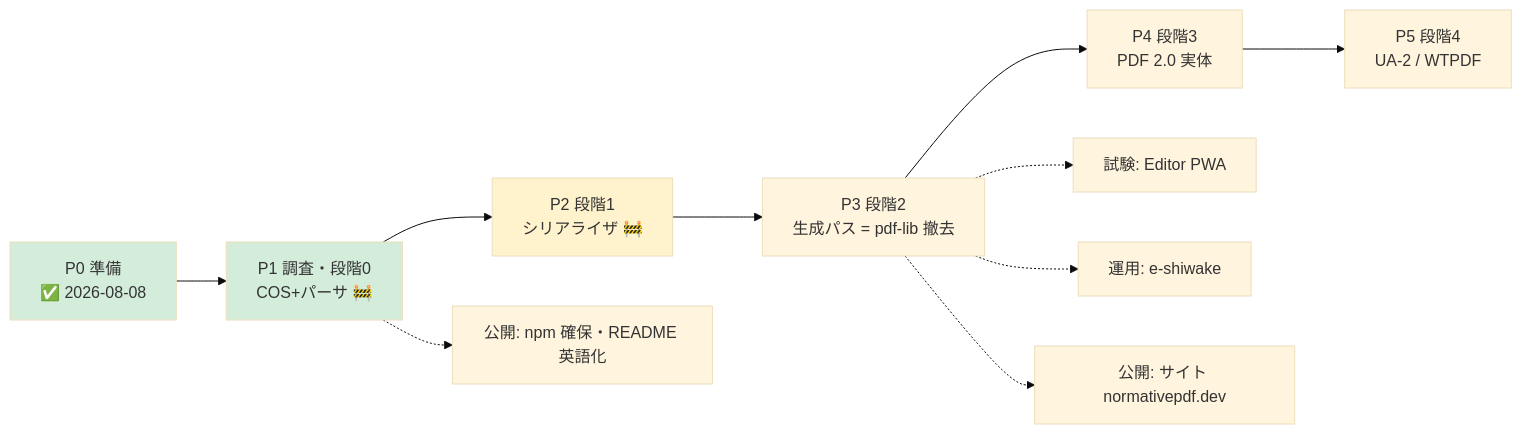
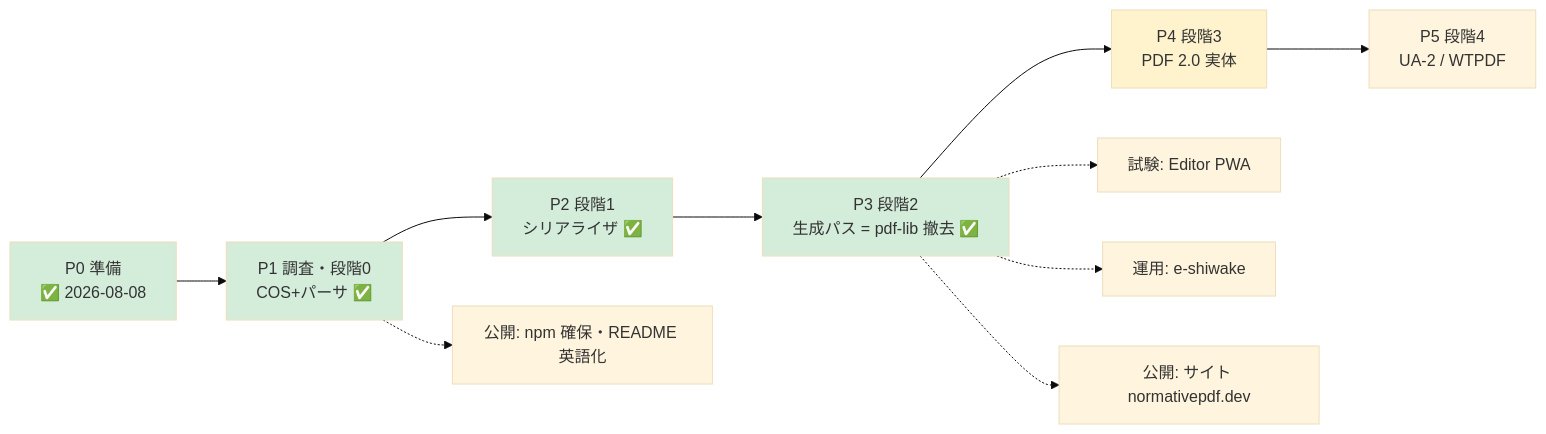
Before and after one commit to shuji-bonji/normativepdf: the diagram in docs/ROADMAP.md, drawn with Mermaid (base theme). The commit also changed other lines of this file and 1 other file, not shown here.

First line of the commit message:
docs: ROADMAP を Phase 3 完了に追随させ、§3.32.5 の残件 2 件を閉じる

````diff
--- a/docs/ROADMAP.md
+++ b/docs/ROADMAP.md
@@ -13,15 +13,17 @@
 ```mermaid
 flowchart LR
-    P0["P0 準備<br/>✅ 2026-08-08"] --> P1["P1 調査・段階0<br/>COS+パーサ 🚧"]
-    P1 --> P2["P2 段階1<br/>シリアライザ 🚧"]
-    P2 --> P3["P3 段階2<br/>生成パス = pdf-lib 撤去"]
+    P0["P0 準備<br/>✅ 2026-08-08"] --> P1["P1 調査・段階0<br/>COS+パーサ ✅"]
+    P1 --> P2["P2 段階1<br/>シリアライザ ✅"]
+    P2 --> P3["P3 段階2<br/>生成パス = pdf-lib 撤去 ✅"]
     P3 --> P4["P4 段階3<br/>PDF 2.0 実体"]
     P4 --> P5["P5 段階4<br/>UA-2 / WTPDF"]
     P3 -.-> T1["試験: Editor PWA"]
     P3 -.-> T2["運用: e-shiwake"]
     P1 -.-> R1["公開: npm 確保・README 英語化"]
     P3 -.-> R2["公開: サイト normativepdf.dev"]
     style P0 fill:#d4edda
     style P1 fill:#d4edda
-    style P2 fill:#fff3cd
+    style P2 fill:#d4edda
+    style P3 fill:#d4edda
+    style P4 fill:#fff3cd
 ```
````
